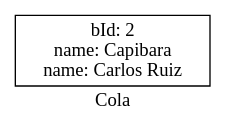
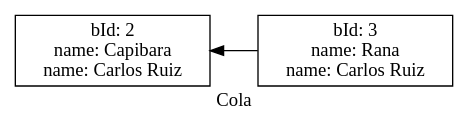
The diagram in Proyecto1/dot_reports/queue.dot (marcosbondel/IPC2_ProyectoVD2024_202202410), drawn with Graphviz before and after one commit. The commit also changed 8 other files, not shown here.

```diff
--- a/Proyecto1/dot_reports/queue.dot
+++ b/Proyecto1/dot_reports/queue.dot
@@ -1,6 +1,8 @@
 digraph G {
             rankdir="RL";
             label="Cola";
             node[shape=box];
-        nodo0[label="bId: 2\nname: Capibara\nname: Carlos Ruiz\n"];
+        nodo0[label="bId: 3\nname: Rana\nname: Carlos Ruiz\n"];
+nodo1[label="bId: 2\nname: Capibara\nname: Carlos Ruiz\n"];
+nodo0 -> nodo1;
 }
```
